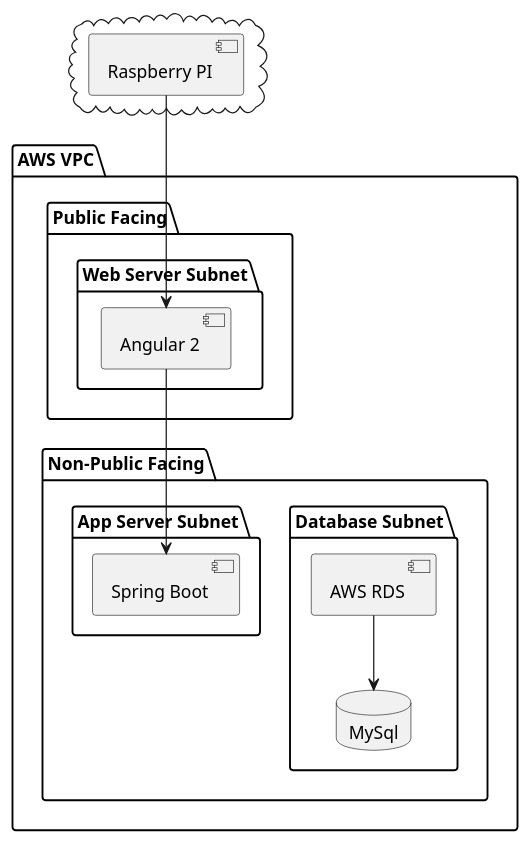
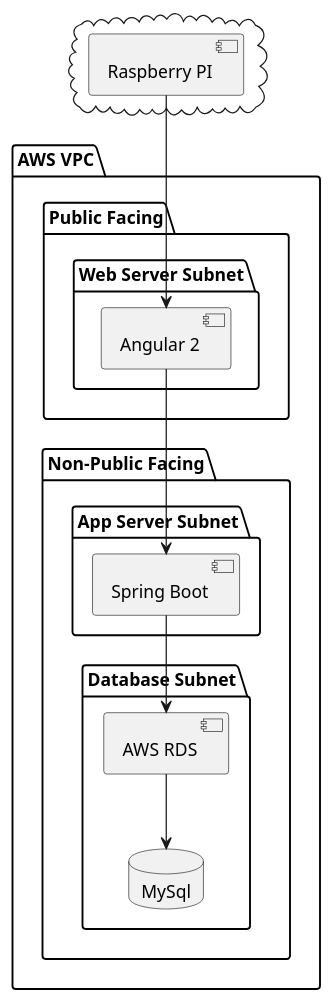
The diagram in documentation/diagrams/vpc.puml (polinchw/monitorserver), drawn with PlantUML before and after one commit. The commit also changed 3 other files, not shown here.

```diff
--- a/documentation/diagrams/vpc.puml
+++ b/documentation/diagrams/vpc.puml
@@ -1,31 +1,31 @@
 @startuml
 
 
 package "AWS VPC" {
   folder "Non-Public Facing" {
     folder "Database Subnet" {
         [AWS RDS]  --> MySql
     }
     folder "App Server Subnet" {
-        [Spring Boot]
+        [Spring Boot] --> [AWS RDS]
     }
   }
   folder "Public Facing" {
     folder "Web Server Subnet" {
        [Angular 2] --> [Spring Boot]
     }
   }
 }
 
 cloud {
   [Raspberry PI]
 }
 
 [Raspberry PI] --> [Angular 2]
 
 database "MySql" {
 
 }
 
 
 @enduml
```
